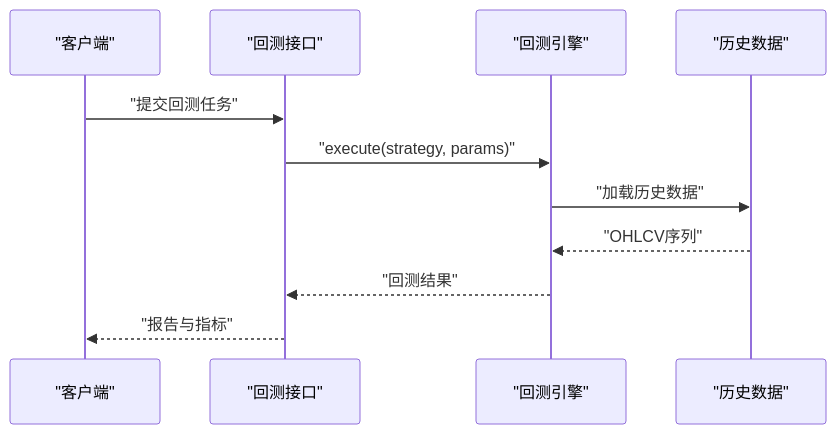
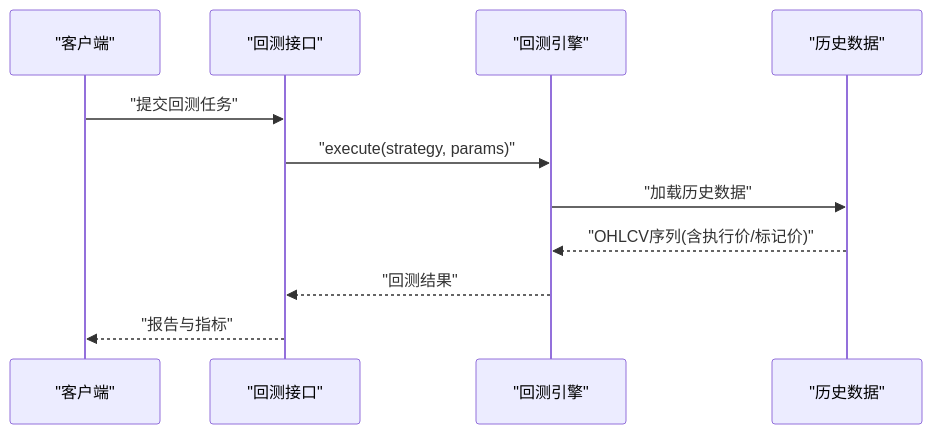
Before and after one commit to anYaoooo/daily_stock_analysis: diagram 11 of 12 in .qoder/repowiki/zh/content/API参考文档/加密货币交易API.md, drawn with Mermaid. The commit also changed other lines of this file and 29 other files, not shown here.

````diff
--- a/.qoder/repowiki/zh/content/API参考文档/加密货币交易API.md
+++ b/.qoder/repowiki/zh/content/API参考文档/加密货币交易API.md
@@ -309,13 +425,13 @@
 ```mermaid
 sequenceDiagram
 participant Client as "客户端"
 participant API as "回测接口"
 participant Engine as "回测引擎"
 participant Data as "历史数据"
 Client->>API : "提交回测任务"
 API->>Engine : "execute(strategy, params)"
 Engine->>Data : "加载历史数据"
-Data-->>Engine : "OHLCV序列"
+Data-->>Engine : "OHLCV序列(含执行价/标记价)"
 Engine-->>API : "回测结果"
 API-->>Client : "报告与指标"
 ```
````
